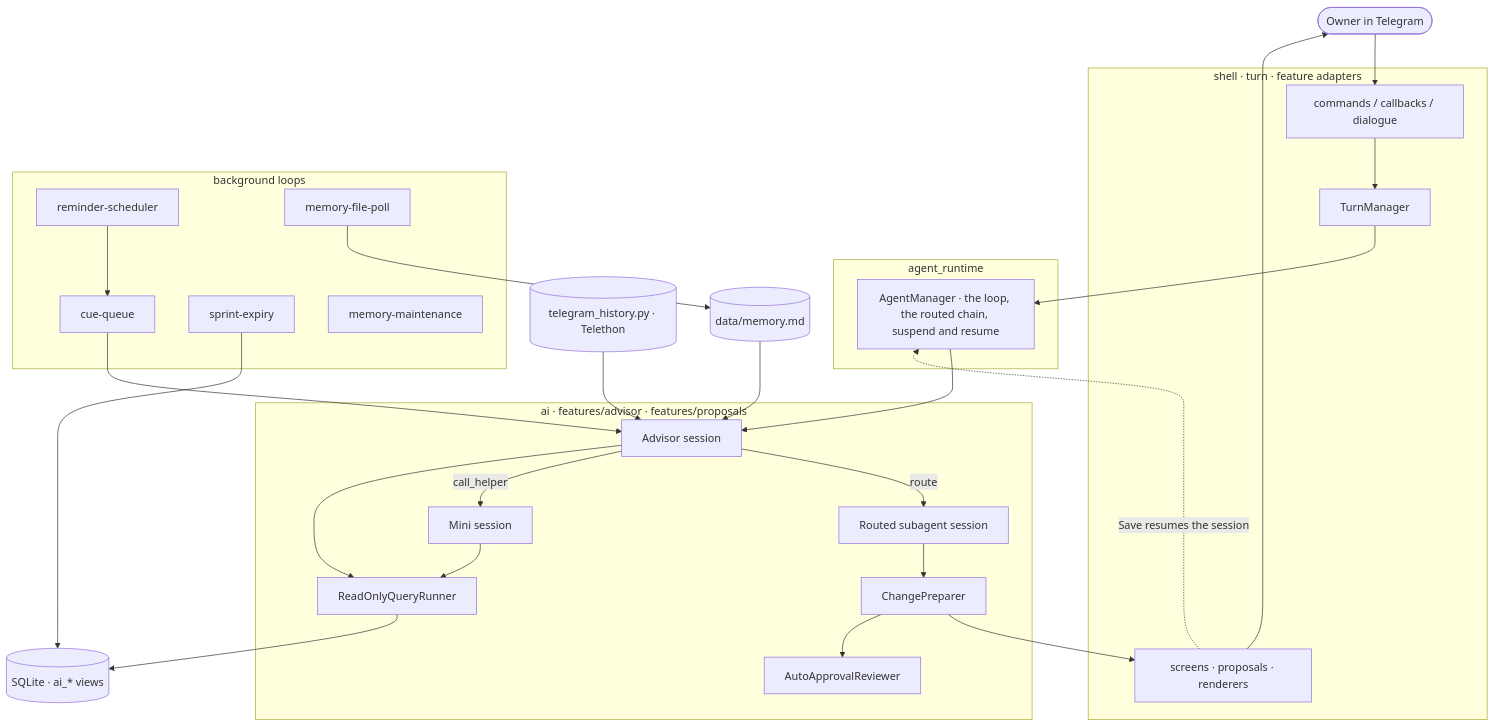
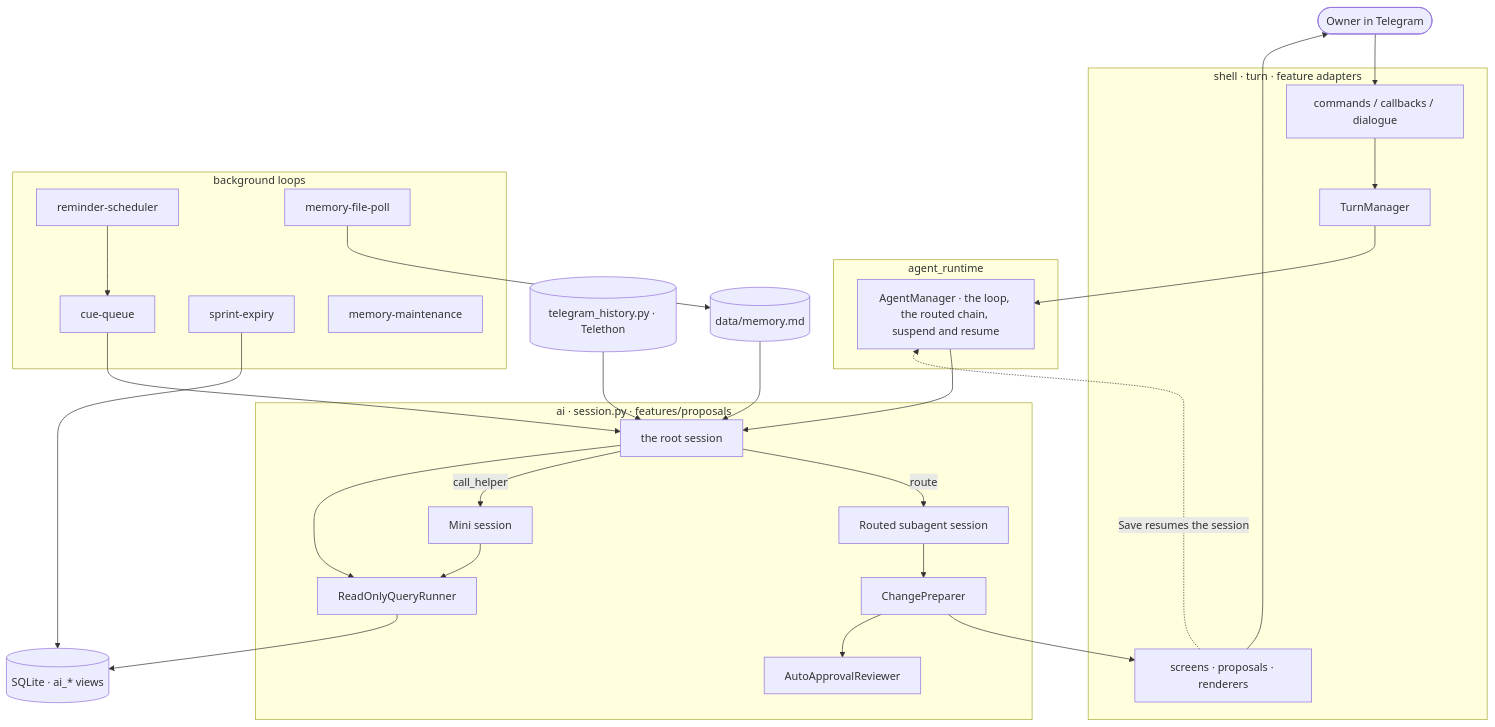
The first of 10 diagrams in docs/AGENT_ARCH.md (myvaheed/tg-ai-safwa), drawn with Mermaid before and after one commit. The commit also changed 13 other files, not shown here.

````diff
--- a/docs/AGENT_ARCH.md
+++ b/docs/AGENT_ARCH.md
@@ -10,46 +10,46 @@
 ```mermaid
 flowchart TB
     OWNER([Owner in Telegram])
     subgraph TG[shell · turn · feature adapters]
         HANDLERS[commands / callbacks / dialogue]
         GUARD[TurnManager]
         SCREENS[screens · proposals · renderers]
     end
     subgraph RT[agent_runtime]
         MGR[AgentManager · the loop, the routed chain, suspend and resume]
     end
-    subgraph AI[ai · features/advisor · features/proposals]
-        ADV[Advisor session]
+    subgraph AI[ai · session.py · features/proposals]
+        ADV[the root session]
         SUB[Routed subagent session]
         MINI[Mini session]
         PREP[ChangePreparer]
         AUTO[AutoApprovalReviewer]
         SQL[ReadOnlyQueryRunner]
     end
     subgraph BG[background loops]
         CUE[cue-queue]
         REM[reminder-scheduler]
         SPR[sprint-expiry]
         MEMP[memory-file-poll]
         MEMM[memory-maintenance]
     end
     HIST[(telegram_history.py · Telethon)]
     MEM[(data/memory.md)]
     DB[(SQLite · ai_* views)]
 
     OWNER --> HANDLERS --> GUARD --> MGR
     MGR --> ADV
     SCREENS -.->|Save resumes the session| MGR
     ADV -->|route| SUB
     ADV -->|call_helper| MINI
     SUB --> PREP --> SCREENS --> OWNER
     PREP --> AUTO
     ADV --> SQL --> DB
     MINI --> SQL
     HIST --> ADV
     MEM --> ADV
     CUE --> ADV
     REM --> CUE
     SPR --> DB
     MEMP --> MEM
 ```
````
